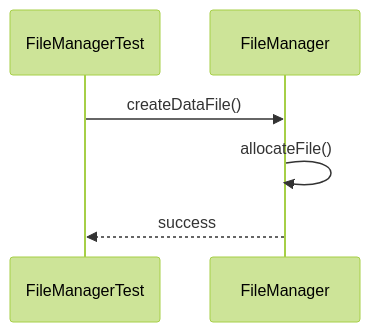
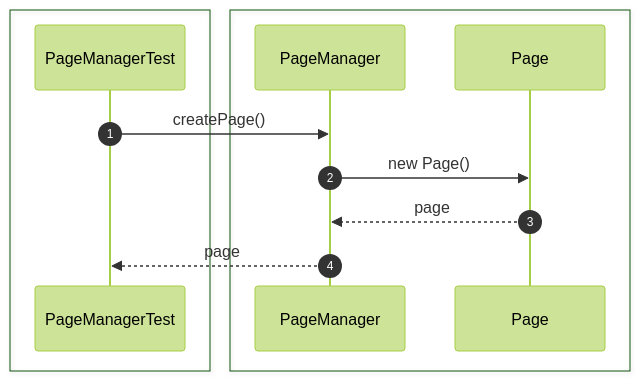
One commit to Huy1801214/dbms-architecture changed diagram 13 of 52 in src/sequence/storage-engine.md. Above: the diagram before and after it, drawn with Mermaid (forest theme). The commit also changed other lines of this file and 10 other files, not shown here.

Commit message:
add comprehensive sequence diagrams and documentation for system architecture and unit testing specifications

````diff
--- a/src/sequence/storage-engine.md
+++ b/src/sequence/storage-engine.md
@@ -215,11 +219,17 @@
 ```mermaid
 sequenceDiagram
-    participant Test as FileManagerTest
-    participant File as FileManager
+    autonumber
 
-    Test->>File: createDataFile()
+    box #e1f5fe Test Suite
+    participant Test as PageManagerTest
+    end
+    box #e0f2f1 Storage Components
+    participant PageManager as PageManager
+    participant Page as Page
+    end
 
-    File->>File: allocateFile()
-
-    File-->>Test: success
+    Test->>PageManager: createPage()
+    PageManager->>Page: new Page()
+    Page-->>PageManager: page
+    PageManager-->>Test: page
 ```
````
